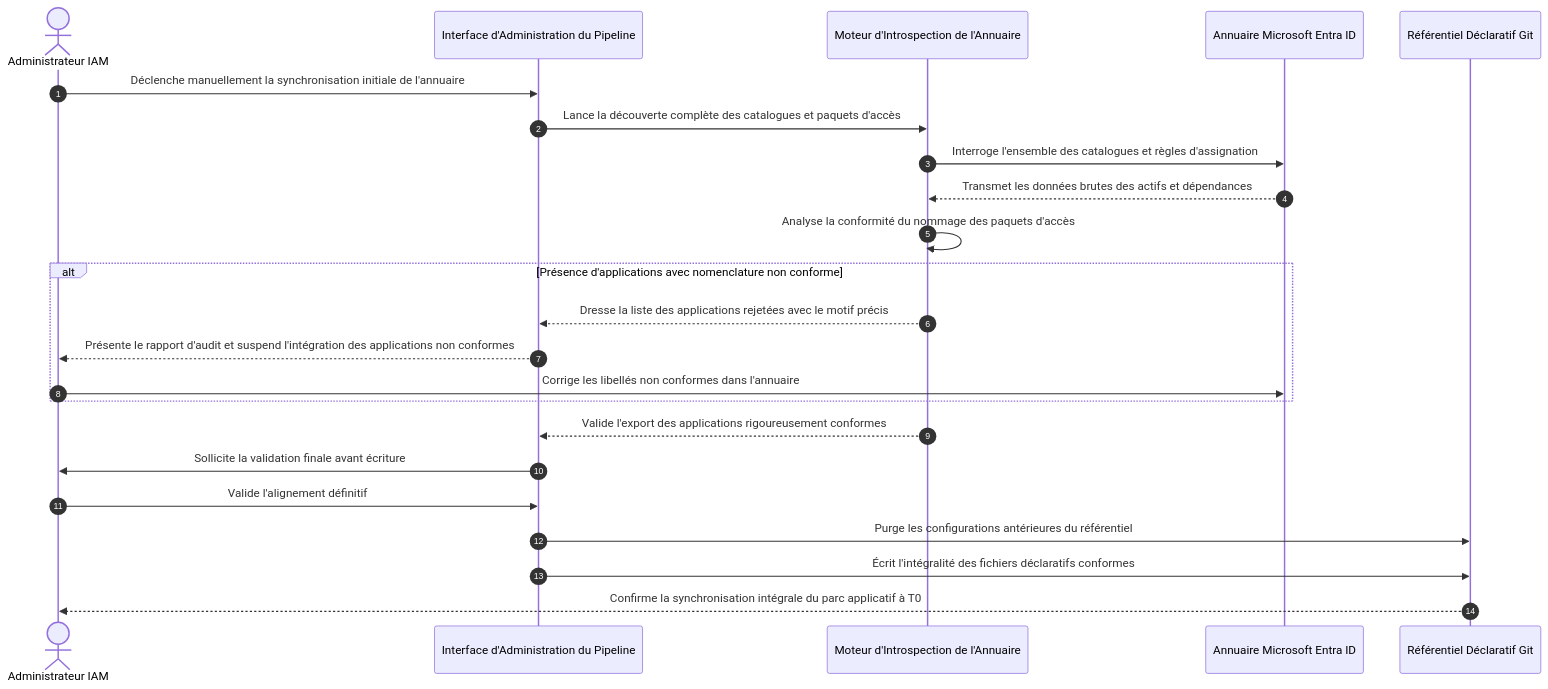
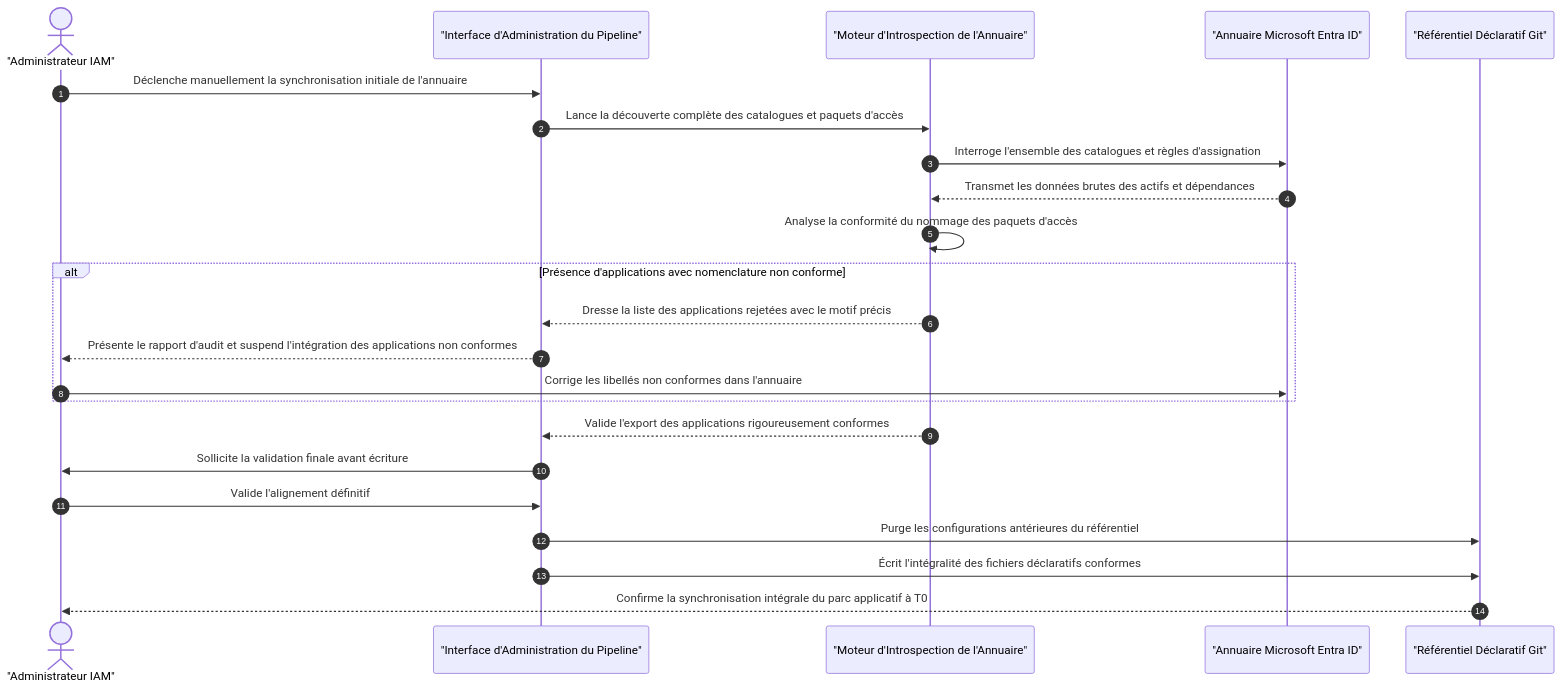
Before and after one commit to MonEntreprise2-0/Test-EntraID: the third of 5 diagrams in docs/HLD_STRATEGIE_IMPLEMENTATION.md, drawn with Mermaid. The commit also changed other lines of this file, not shown here.

Commit message:
fix(docs): resolve Mermaid syntax error on GitFlow diagram and quote participant labels

````diff
--- a/docs/HLD_STRATEGIE_IMPLEMENTATION.md
+++ b/docs/HLD_STRATEGIE_IMPLEMENTATION.md
@@ -280,29 +280,29 @@
 ```mermaid
 sequenceDiagram
     autonumber
-    actor AdminIAM as Administrateur IAM
-    participant Console as Interface d'Administration du Pipeline
-    participant Scanner as Moteur d'Introspection de l'Annuaire
-    participant EntraID as Annuaire Microsoft Entra ID
-    participant Referentiel as Référentiel Déclaratif Git
+    actor AdminIAM as "Administrateur IAM"
+    participant Console as "Interface d'Administration du Pipeline"
+    participant Scanner as "Moteur d'Introspection de l'Annuaire"
+    participant EntraID as "Annuaire Microsoft Entra ID"
+    participant Referentiel as "Référentiel Déclaratif Git"
 
     AdminIAM->>Console: Déclenche manuellement la synchronisation initiale de l'annuaire
     Console->>Scanner: Lance la découverte complète des catalogues et paquets d'accès
     Scanner->>EntraID: Interroge l'ensemble des catalogues et règles d'assignation
     EntraID-->>Scanner: Transmet les données brutes des actifs et dépendances
 
     Scanner->>Scanner: Analyse la conformité du nommage des paquets d'accès
 
     alt Présence d'applications avec nomenclature non conforme
         Scanner-->>Console: Dresse la liste des applications rejetées avec le motif précis
         Console-->>AdminIAM: Présente le rapport d'audit et suspend l'intégration des applications non conformes
         AdminIAM->>EntraID: Corrige les libellés non conformes dans l'annuaire
     end
 
     Scanner-->>Console: Valide l'export des applications rigoureusement conformes
     Console->>AdminIAM: Sollicite la validation finale avant écriture
     AdminIAM->>Console: Valide l'alignement définitif
     Console->>Referentiel: Purge les configurations antérieures du référentiel
     Console->>Referentiel: Écrit l'intégralité des fichiers déclaratifs conformes
     Referentiel-->>AdminIAM: Confirme la synchronisation intégrale du parc applicatif à T0
 ```
````
